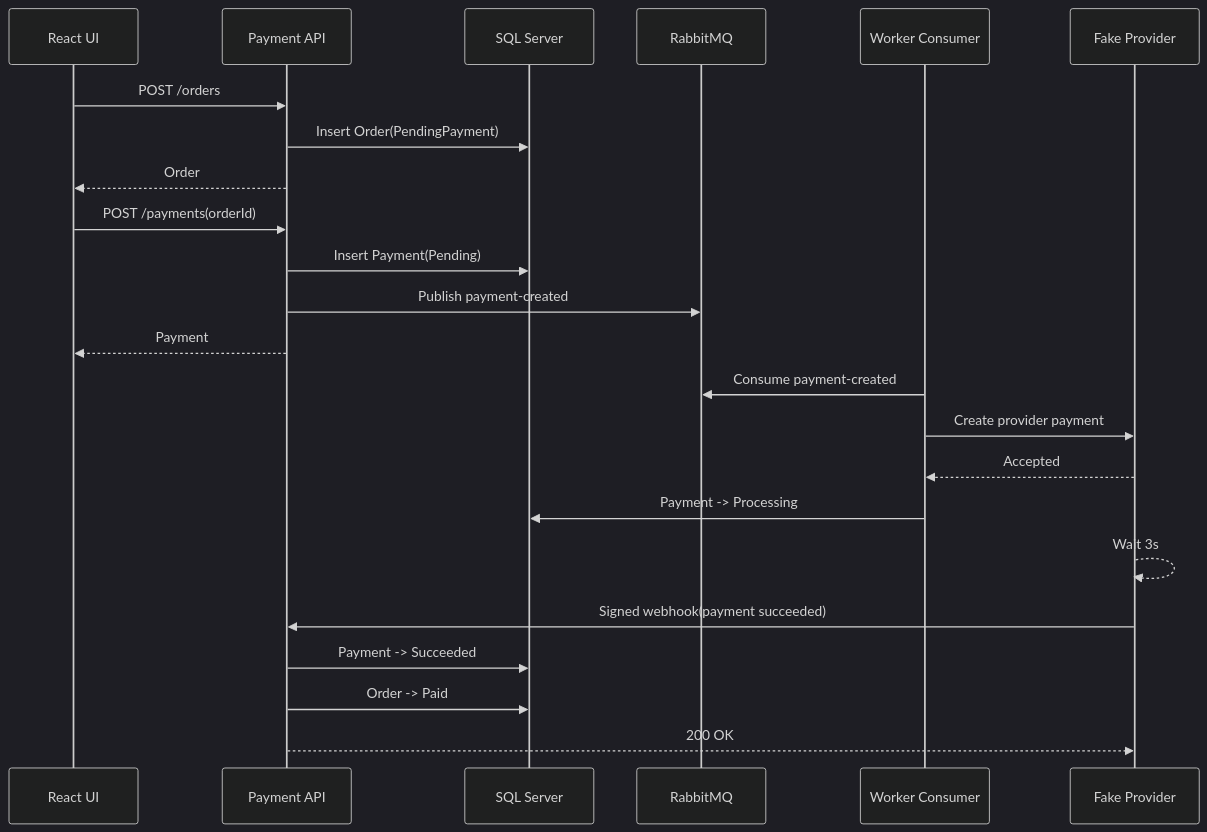
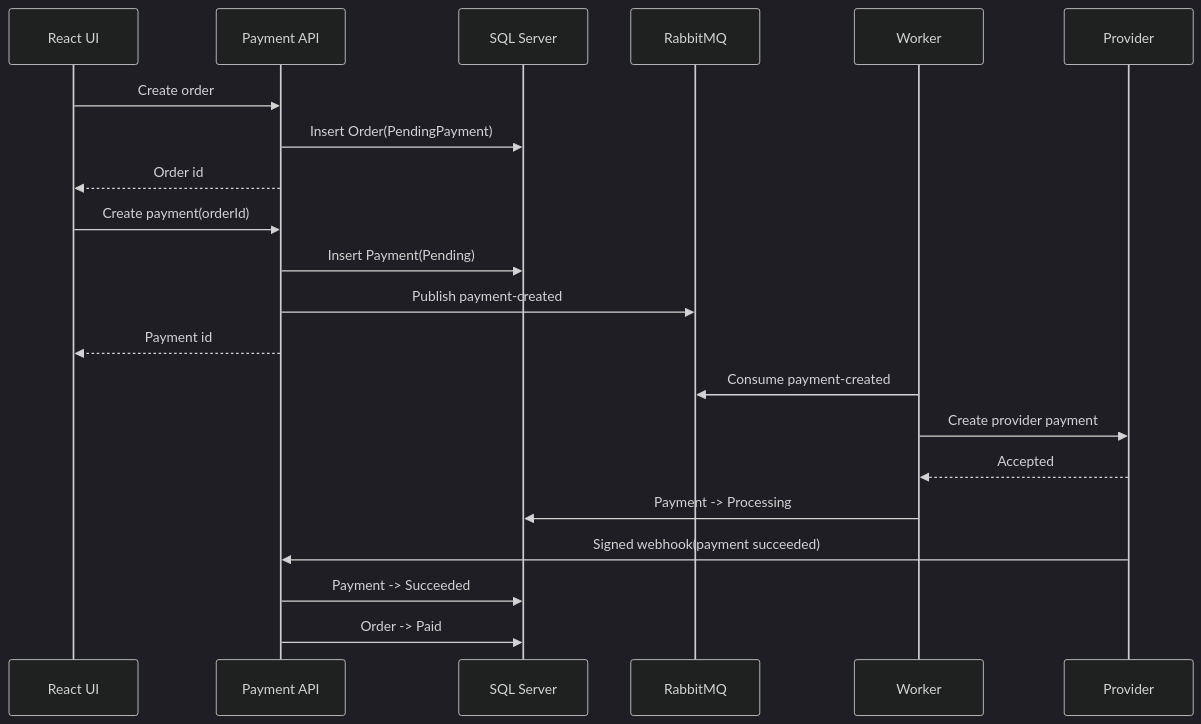
Before and after one commit to haoyucheng369-gif/payment-reliability: the second of 4 diagrams in README.md, drawn with Mermaid (dark theme). The commit also changed other lines of this file, not shown here.

````diff
--- a/README.md
+++ b/README.md
@@ -63,29 +41,27 @@
 ```mermaid
 sequenceDiagram
     participant Web as React UI
     participant API as Payment API
     participant DB as SQL Server
     participant MQ as RabbitMQ
-    participant Worker as Worker Consumer
-    participant Provider as Fake Provider
+    participant Worker
+    participant Provider
 
-    Web->>API: POST /orders
+    Web->>API: Create order
     API->>DB: Insert Order(PendingPayment)
-    API-->>Web: Order
+    API-->>Web: Order id
 
-    Web->>API: POST /payments(orderId)
+    Web->>API: Create payment(orderId)
     API->>DB: Insert Payment(Pending)
     API->>MQ: Publish payment-created
-    API-->>Web: Payment
+    API-->>Web: Payment id
 
     Worker->>MQ: Consume payment-created
     Worker->>Provider: Create provider payment
     Provider-->>Worker: Accepted
     Worker->>DB: Payment -> Processing
 
-    Provider-->>Provider: Wait 3s
     Provider->>API: Signed webhook(payment succeeded)
     API->>DB: Payment -> Succeeded
     API->>DB: Order -> Paid
-    API-->>Provider: 200 OK
 ```
````
